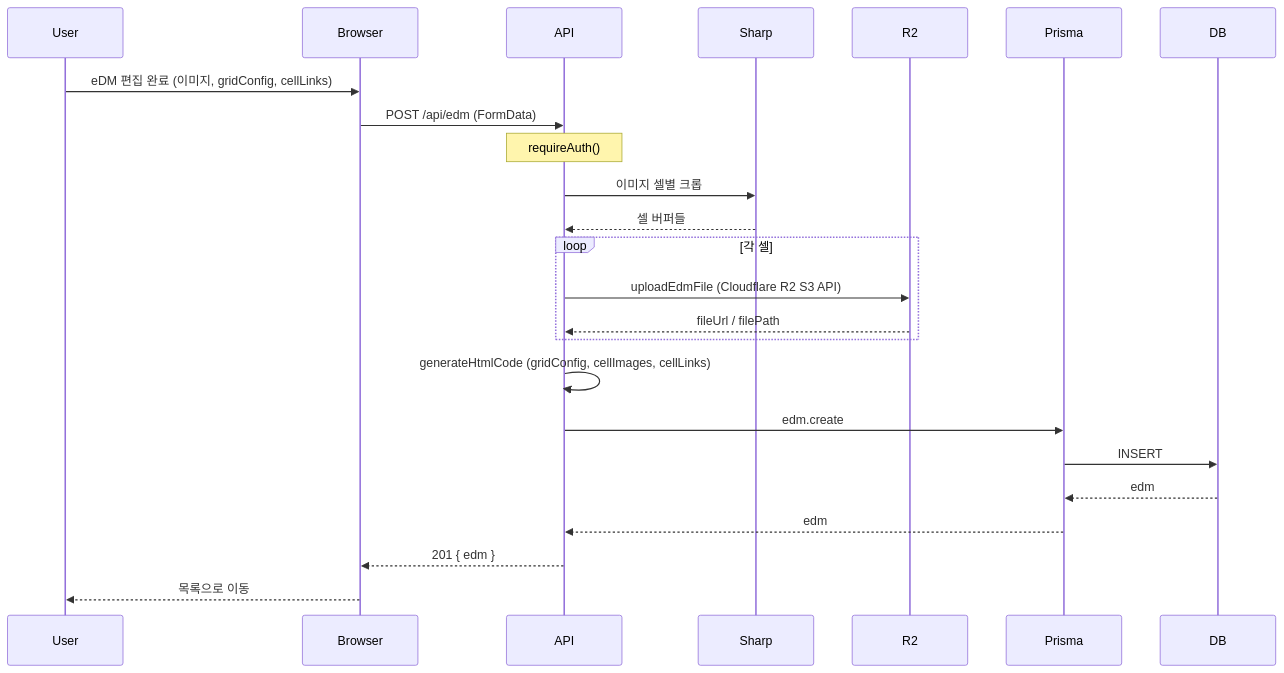
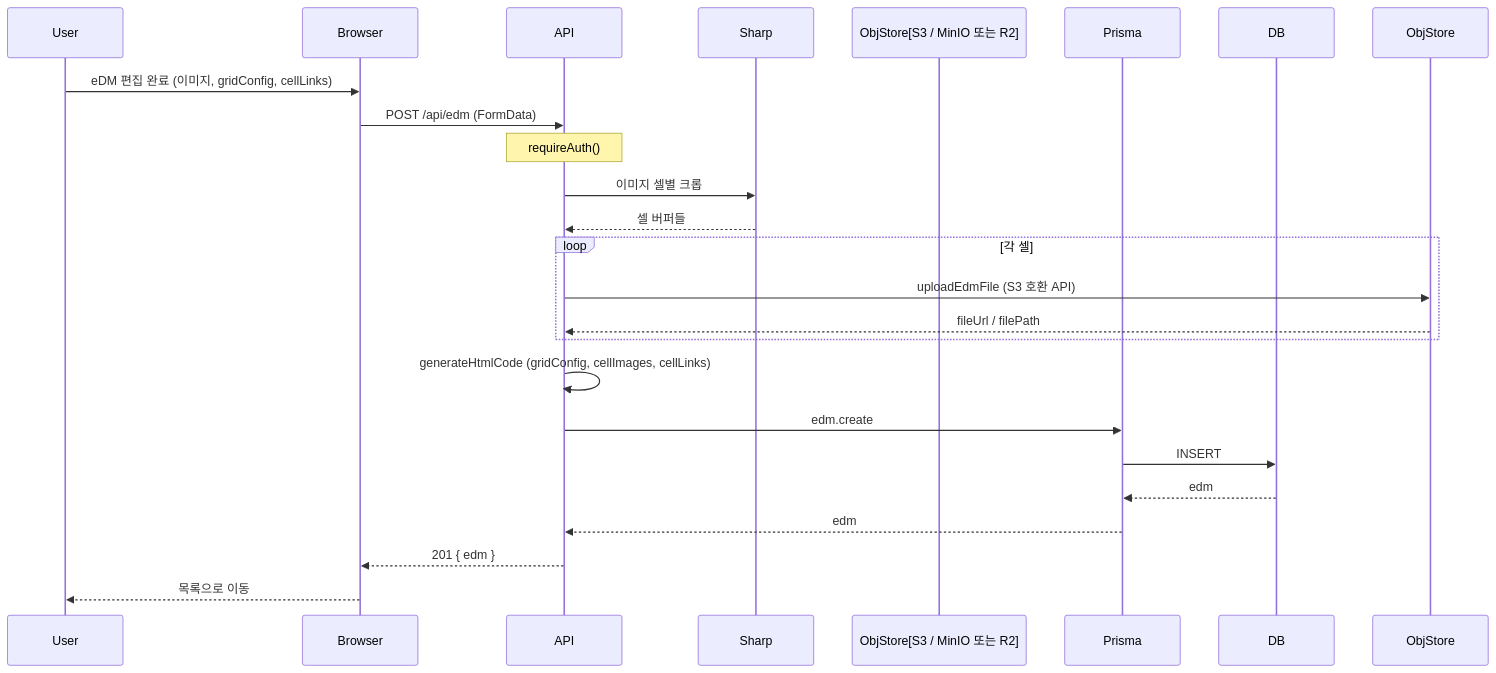
Before and after one commit to penta-design5/design5: the fourth of 4 diagrams in docs/DATA_FLOW.md, drawn with Mermaid. The commit also changed other lines of this file and 77 other files, not shown here.

````diff
--- a/docs/DATA_FLOW.md
+++ b/docs/DATA_FLOW.md
@@ -101,27 +101,27 @@
 ```mermaid
 sequenceDiagram
   participant User
   participant Browser
   participant API
   participant Sharp
-  participant R2
+  participant ObjStore[S3 / MinIO 또는 R2]
   participant Prisma
   participant DB
 
   User->>Browser: eDM 편집 완료 (이미지, gridConfig, cellLinks)
   Browser->>API: POST /api/edm (FormData)
   Note over API: requireAuth()
   API->>Sharp: 이미지 셀별 크롭
   Sharp-->>API: 셀 버퍼들
   loop 각 셀
-    API->>R2: uploadEdmFile (Cloudflare R2 S3 API)
-    R2-->>API: fileUrl / filePath
+    API->>ObjStore: uploadEdmFile (S3 호환 API)
+    ObjStore-->>API: fileUrl / filePath
   end
   API->>API: generateHtmlCode (gridConfig, cellImages, cellLinks)
   API->>Prisma: edm.create
   Prisma->>DB: INSERT
   DB-->>Prisma: edm
   Prisma-->>API: edm
   API-->>Browser: 201 { edm }
   Browser-->>User: 목록으로 이동
 ```
````
